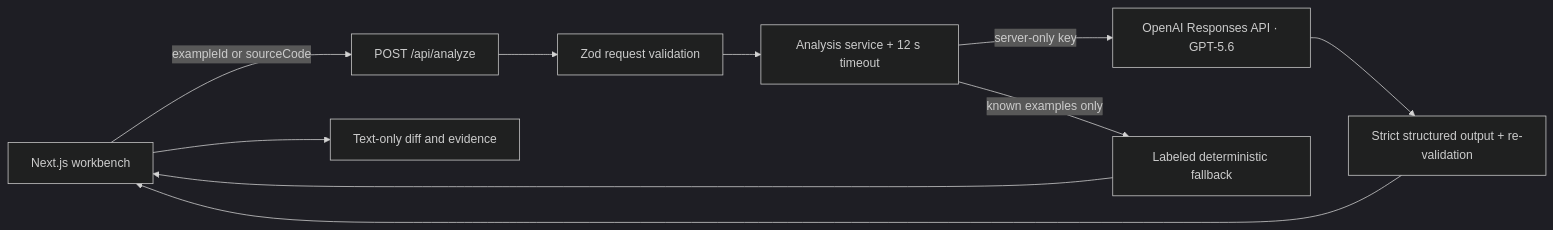
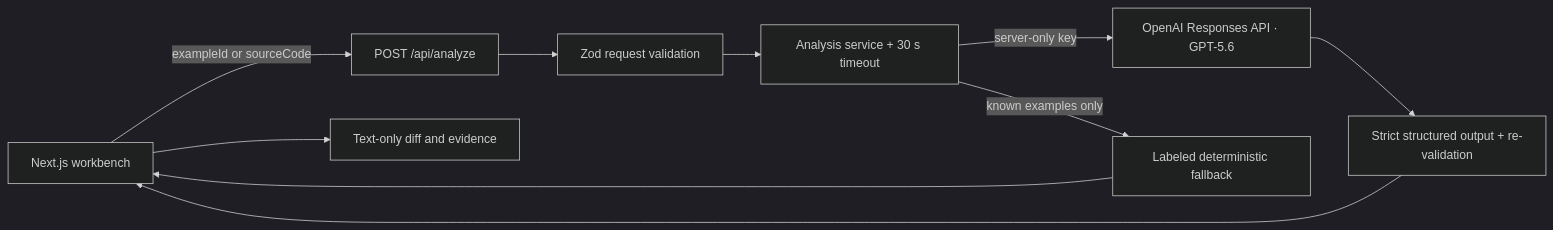
The diagram in README.md (alexliluz/stillmeaning), drawn with Mermaid (dark theme) before and after one commit. The commit also changed other lines of this file and 7 other files, not shown here.

````diff
--- a/README.md
+++ b/README.md
@@ -44,12 +44,12 @@
 ```mermaid
 flowchart LR
   UI["Next.js workbench"] -->|"exampleId or sourceCode"| API["POST /api/analyze"]
   API --> V["Zod request validation"]
-  V --> S["Analysis service + 12 s timeout"]
+  V --> S["Analysis service + 30 s timeout"]
   S -->|"server-only key"| O["OpenAI Responses API · GPT-5.6"]
   O --> Z["Strict structured output + re-validation"]
   Z --> UI
   S -->|"known examples only"| F["Labeled deterministic fallback"]
   F --> UI
   UI --> D["Text-only diff and evidence"]
 ```
````
